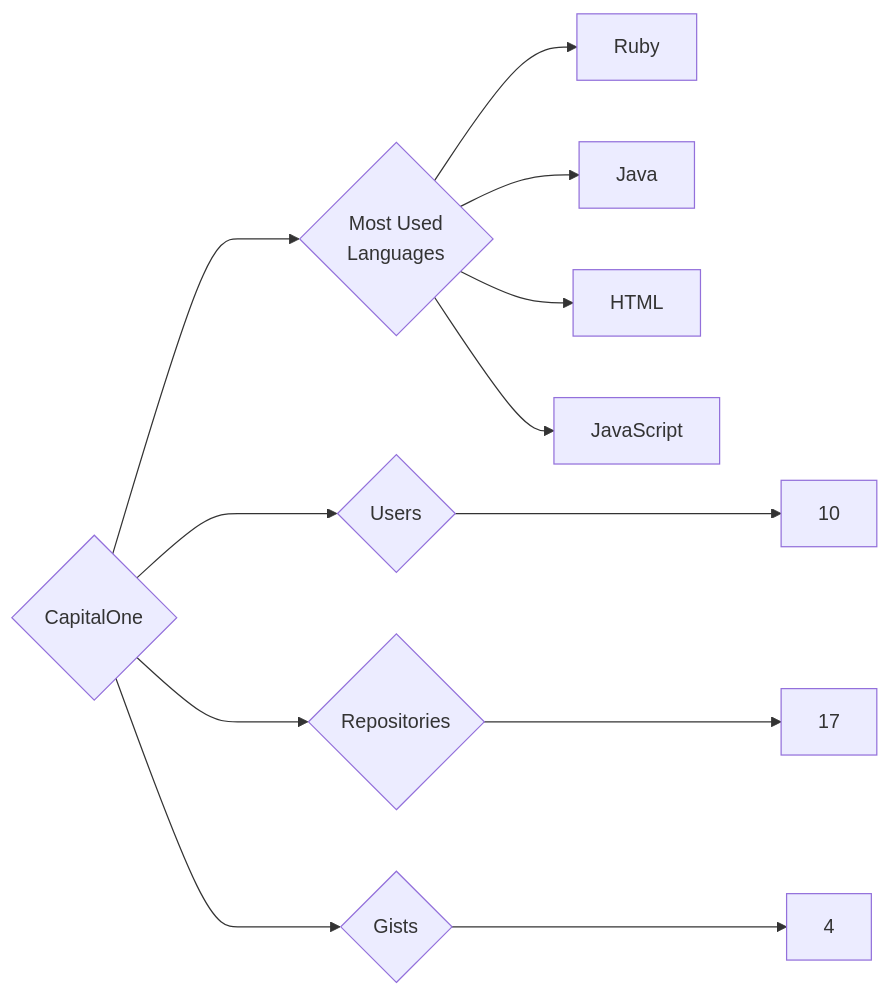
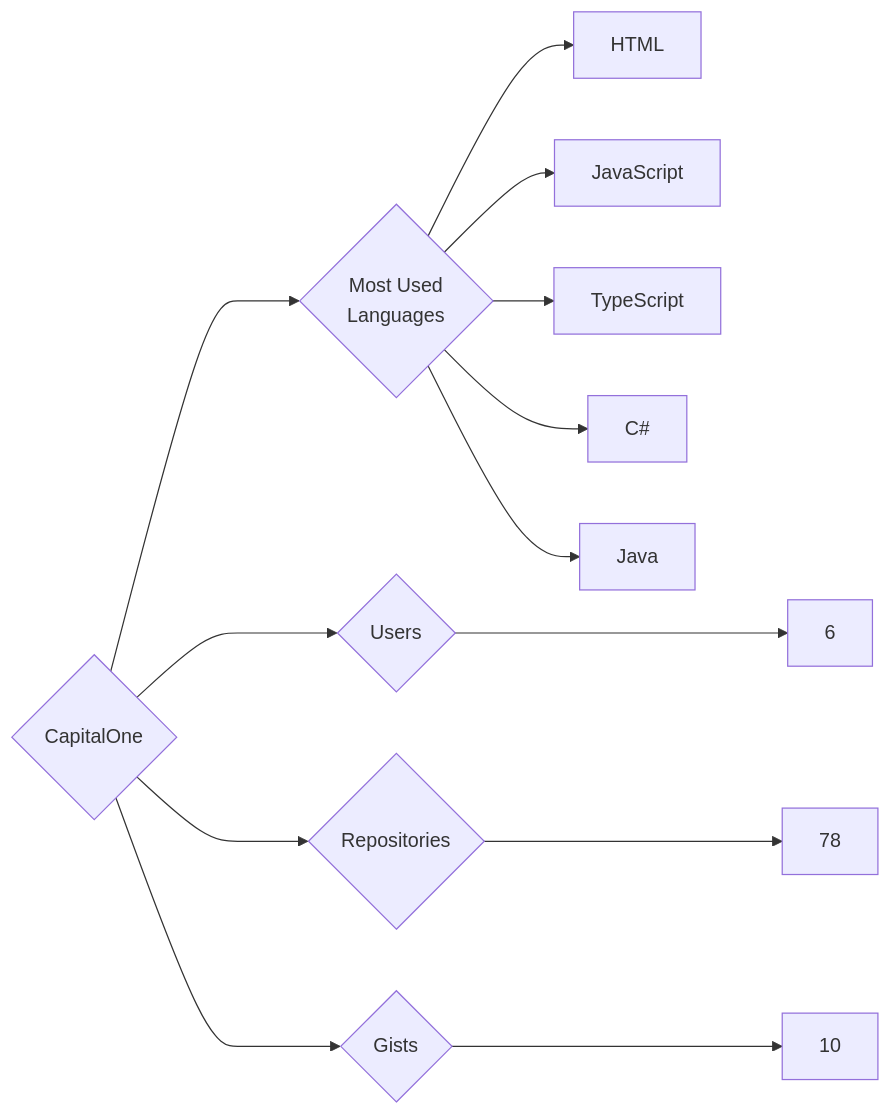
Before and after one commit to trickest/insiders: the diagram in targets/CapitalOne/README.md, drawn with Mermaid. The commit also changed 865 other files, not shown here.

````diff
--- a/targets/CapitalOne/README.md
+++ b/targets/CapitalOne/README.md
@@ -3,12 +3,13 @@
 ```mermaid
 graph LR
 COMPANY_NAME{CapitalOne}
-COMPANY_NAME ---> U{Users} ---> UN[10]
-COMPANY_NAME ---> R{Repositories} ---> RN[17]
-COMPANY_NAME ---> G{Gists} ---> GN[4]
+COMPANY_NAME ---> U{Users} ---> UN[6]
+COMPANY_NAME ---> R{Repositories} ---> RN[78]
+COMPANY_NAME ---> G{Gists} ---> GN[10]
 COMPANY_NAME ---> ML{Most Used<br>Languages}
-ML --> Ruby[Ruby]
-ML --> Java[Java]
 ML --> HTML[HTML]
 ML --> JavaScript[JavaScript]
+ML --> TypeScript[TypeScript]
+ML --> C#[C#]
+ML --> Java[Java]
 ```
````
